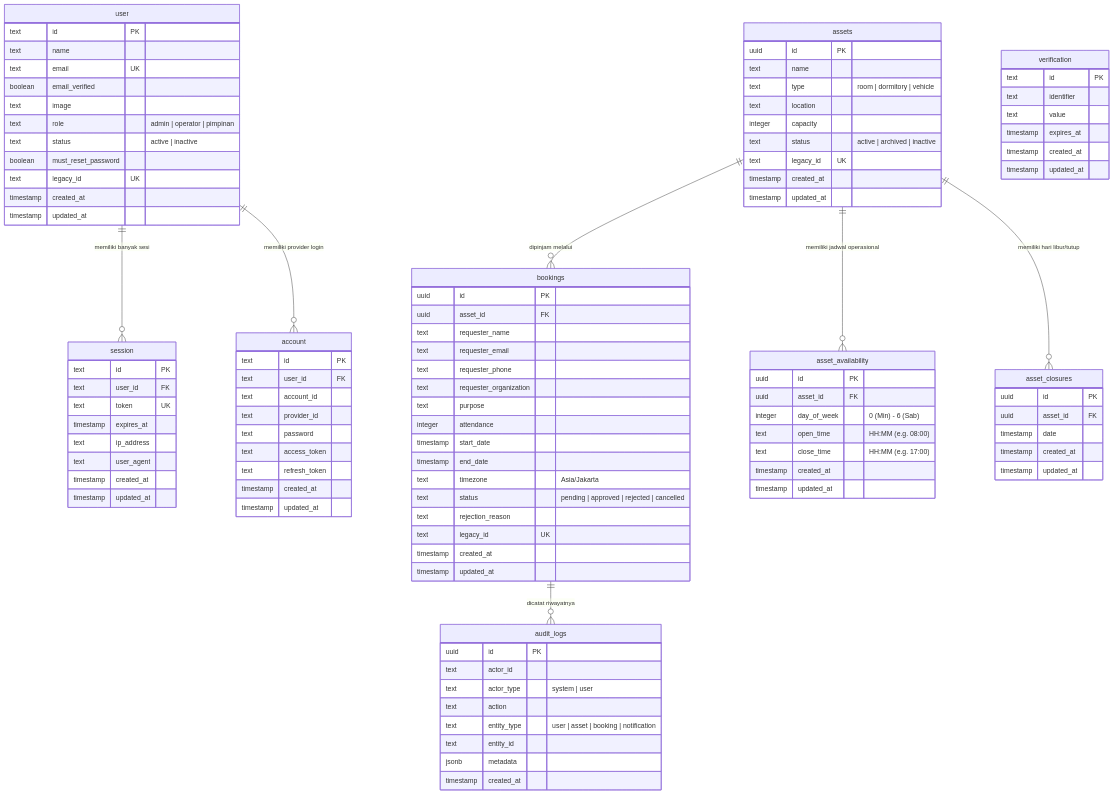
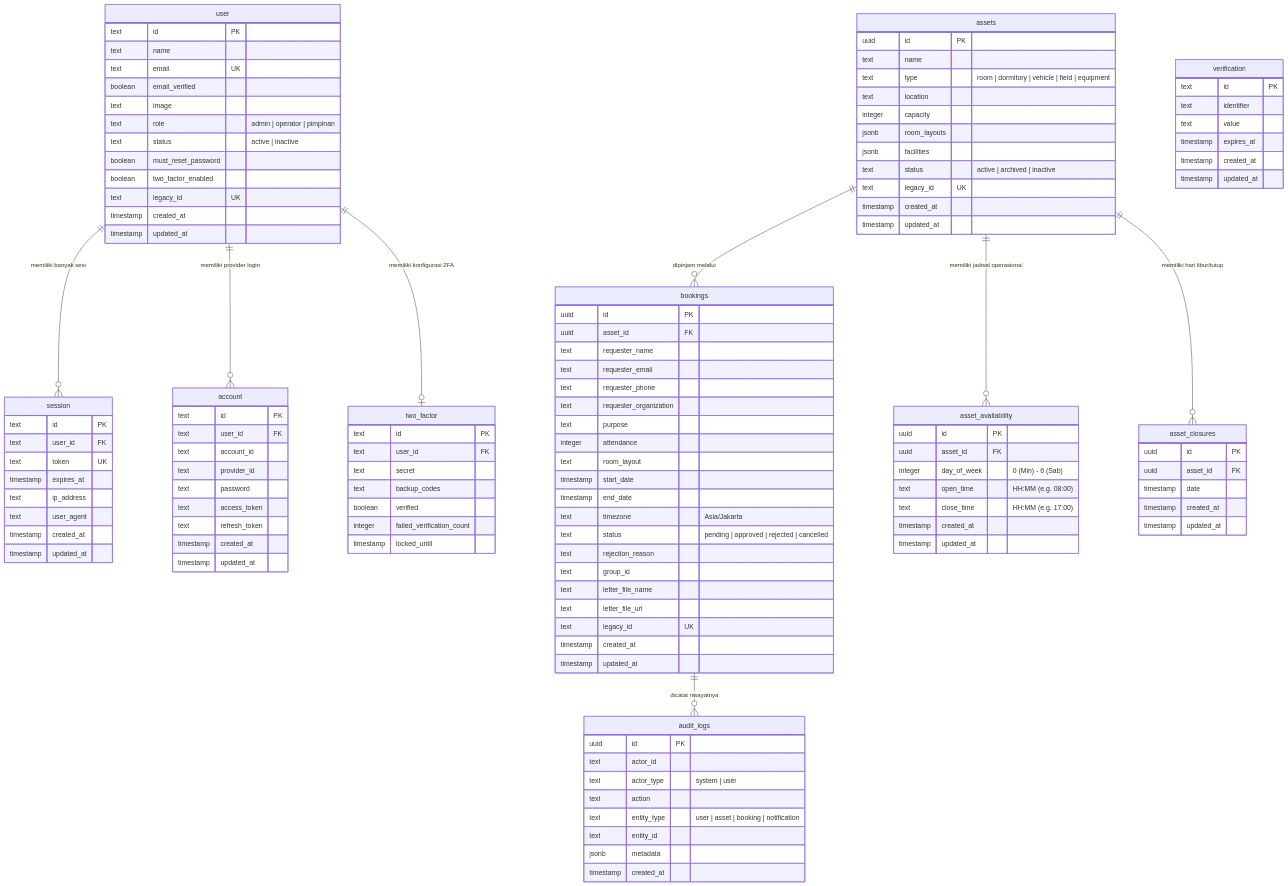
Before and after one commit to tropicans/sarpras: the diagram in docs/database-schema.md, drawn with Mermaid. The commit also changed other lines of this file and 8 other files, not shown here.

```diff
--- a/docs/database-schema.md
+++ b/docs/database-schema.md
@@ -10,6 +10,7 @@
 erDiagram
     user ||--o{ session : "memiliki banyak sesi"
     user ||--o{ account : "memiliki provider login"
+    user ||--o| two_factor : "memiliki konfigurasi 2FA"
     assets ||--o{ bookings : "dipinjam melalui"
     assets ||--o{ asset_availability : "memiliki jadwal operasional"
     assets ||--o{ asset_closures : "memiliki hari libur/tutup"
@@ -24,9 +25,20 @@
         text role "admin | operator | pimpinan"
         text status "active | inactive"
         boolean must_reset_password
+        boolean two_factor_enabled
         text legacy_id UK
         timestamp created_at
         timestamp updated_at
+    }
+
+    two_factor {
+        text id PK
+        text user_id FK
+        text secret
+        text backup_codes
+        boolean verified
+        integer failed_verification_count
+        timestamp locked_until
     }
 
     session {
@@ -64,9 +76,11 @@
     assets {
         uuid id PK
         text name
-        text type "room | dormitory | vehicle"
+        text type "room | dormitory | vehicle | field | equipment"
         text location
         integer capacity
+        jsonb room_layouts
+        jsonb facilities
         text status "active | archived | inactive"
         text legacy_id UK
         timestamp created_at
@@ -82,11 +96,15 @@
         text requester_organization
         text purpose
         integer attendance
+        text room_layout
         timestamp start_date
         timestamp end_date
         text timezone "Asia/Jakarta"
         text status "pending | approved | rejected | cancelled"
         text rejection_reason
+        text group_id
+        text letter_file_name
+        text letter_file_url
         text legacy_id UK
         timestamp created_at
         timestamp updated_at
```
